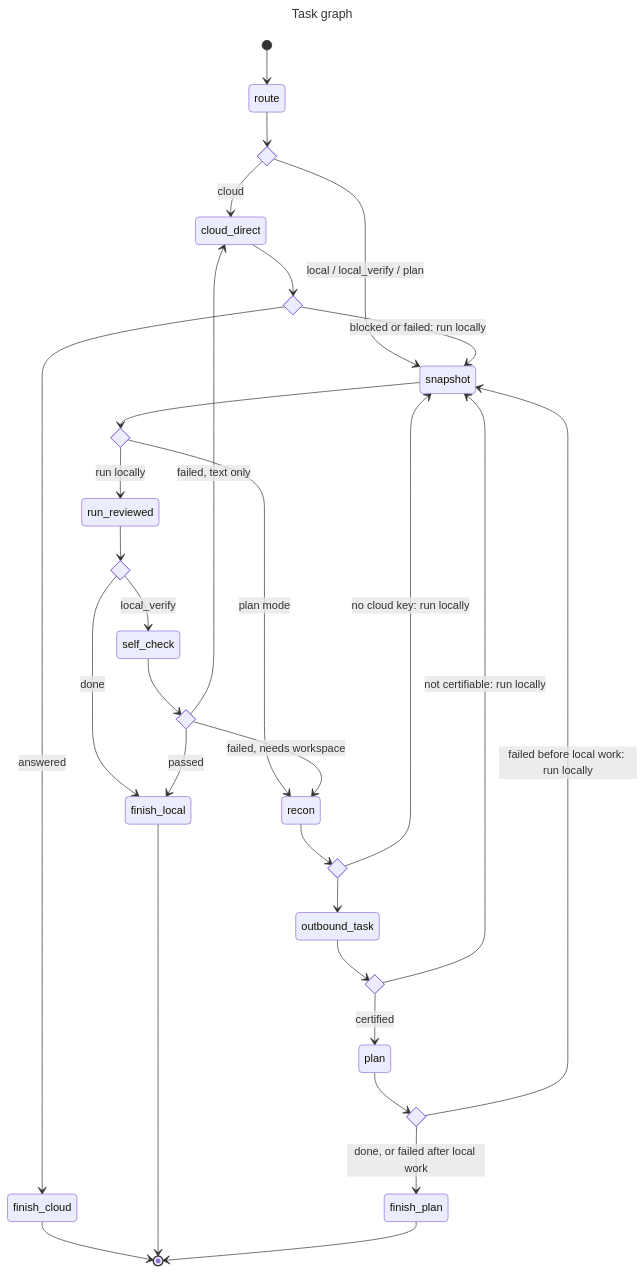
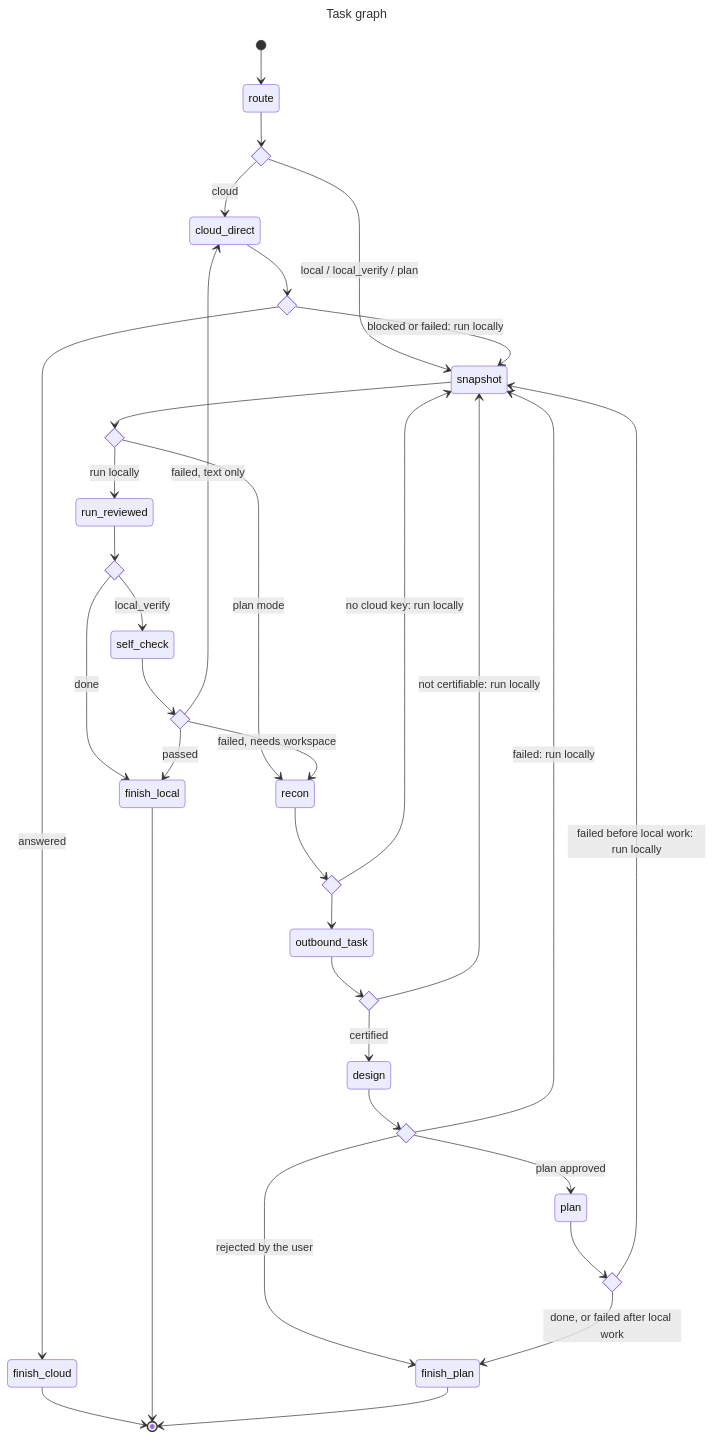
Before and after one commit to Code-byte404/hermie: the first of 2 diagrams in docs/architecture.md, drawn with Mermaid. The commit also changed other lines of this file and 1 other file, not shown here.

Commit message:
docs: the planner design phase

````diff
--- a/docs/architecture.md
+++ b/docs/architecture.md
@@ -25,56 +25,62 @@
 ```mermaid
 ---
 title: Task graph
 ---
 stateDiagram-v2
   direction TB
   route
   state by_route <<choice>>
   cloud_direct
   snapshot
   state after_snapshot <<choice>>
   state cloud_outcome <<choice>>
   finish_cloud
   recon
   run_reviewed
   state after_run <<choice>>
   state recon_outcome <<choice>>
   finish_local
   outbound_task
   self_check
   state outbound_outcome <<choice>>
   state self_check_outcome <<choice>>
+  design
+  state design_outcome <<choice>>
+  finish_plan
   plan
   state plan_outcome <<choice>>
-  finish_plan
 
   [*] --> route
   route --> by_route
   by_route --> cloud_direct: cloud
   by_route --> snapshot: local / local_verify / plan
   cloud_direct --> cloud_outcome
   snapshot --> after_snapshot
   cloud_outcome --> snapshot: blocked or failed: run locally
   after_snapshot --> recon: plan mode
   after_snapshot --> run_reviewed: run locally
   cloud_outcome --> finish_cloud: answered
   finish_cloud --> [*]
   recon --> recon_outcome
   run_reviewed --> after_run
   recon_outcome --> snapshot: no cloud key: run locally
   after_run --> finish_local: done
   after_run --> self_check: local_verify
   recon_outcome --> outbound_task
   finish_local --> [*]
   outbound_task --> outbound_outcome
   self_check --> self_check_outcome
   outbound_outcome --> snapshot: not certifiable: run locally
   self_check_outcome --> cloud_direct: failed, text only
   self_check_outcome --> recon: failed, needs workspace
   self_check_outcome --> finish_local: passed
-  outbound_outcome --> plan: certified
+  outbound_outcome --> design: certified
+  design --> design_outcome
+  design_outcome --> snapshot: failed: run locally
+  design_outcome --> finish_plan: rejected by the user
+  design_outcome --> plan: plan approved
+  finish_plan --> [*]
   plan --> plan_outcome
   plan_outcome --> snapshot: failed before local work: run locally
   plan_outcome --> finish_plan: done, or failed after local work
-  finish_plan --> [*]
 ```
````
